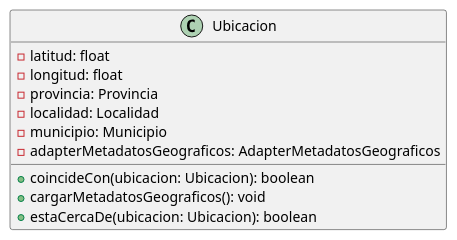
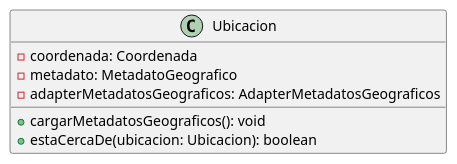
Before and after one commit to mbertogliati/dds-tpa: the diagram in DC/E3/domain/utilidades/Ubicacion.puml, drawn with PlantUML. The commit also changed 14 other files, not shown here.

```diff
--- a/DC/E3/domain/utilidades/Ubicacion.puml
+++ b/DC/E3/domain/utilidades/Ubicacion.puml
@@ -1,16 +1,12 @@
 @startuml
 'https://plantuml.com/class-diagram
 
 class Ubicacion{
-    -latitud: float
-    -longitud: float
-    -provincia: Provincia
-    -localidad: Localidad
-    -municipio: Municipio
+    - coordenada: Coordenada
+    - metadato: MetadatoGeografico
     -adapterMetadatosGeograficos: AdapterMetadatosGeograficos
 
-    +coincideCon(ubicacion: Ubicacion): boolean
-    +cargarMetadatosGeograficos(): void
-    +estaCercaDe(ubicacion: Ubicacion): boolean
+    + cargarMetadatosGeograficos(): void
+    + estaCercaDe(ubicacion: Ubicacion): boolean
 }
 @enduml
```
